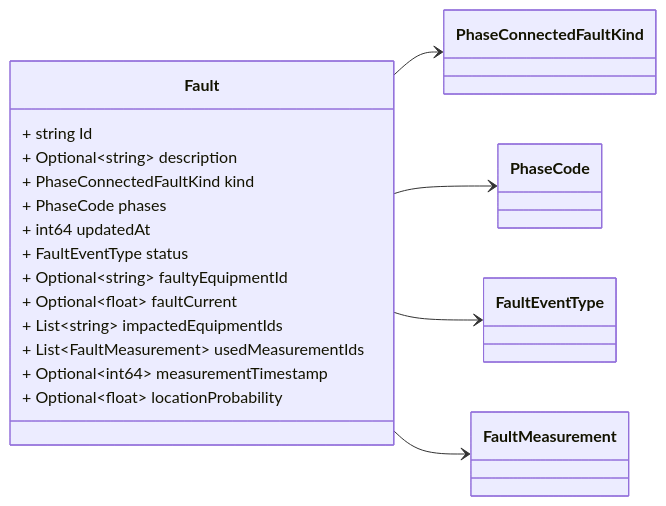
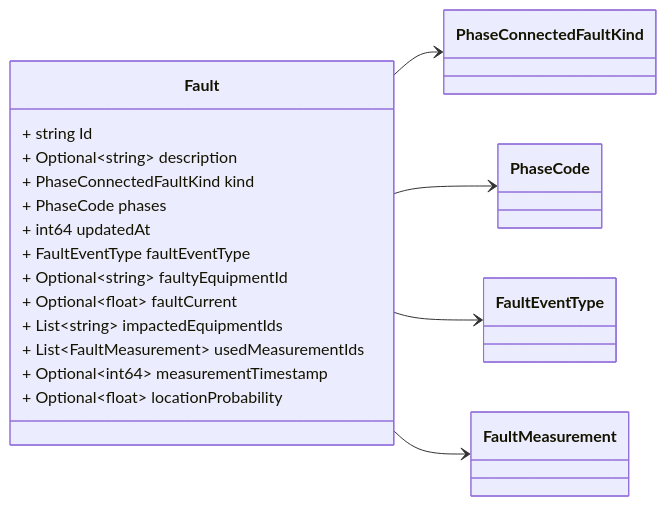
One commit to zaphiro-technologies/protobuf changed the fourth of 7 diagrams in docs/fault.proto.md. Above: the diagram before and after it, drawn with Mermaid. The commit also changed other lines of this file and 3 other files, not shown here.

````diff
--- a/docs/fault.proto.md
+++ b/docs/fault.proto.md
@@ -184,34 +184,38 @@
 ```mermaid
 classDiagram
 direction LR
 
 %% Abnormal condition causing current flow through conducting equipment, such as caused by equipment failure or short circuits from objects not typically modelled (for example, a tree falling on a line).
 %% 
 %% This message is modeled after [CIM Fault](https://zepben.github.io/evolve/docs/cim/cim100/TC57CIM/IEC61970/Base/Faults/Fault) according to the extensions defined in the [fault-data-storage](https://github.com/zaphiro-technologies/architecture/blob/main/features/31-fault-data-storage.md#data-structures) feature.
+%% 
+%% Faults messages represent events linked to a given fault (identified by the id). From the point of view of storage the sequence of events may be handled in a way that does not map totally to the single event, e.g. by combining multiple events in a single database row.
+%% 
+%% When a fault is detected, an event of type "Started" is generated, when a fault is located (and multiple locations can occur for the same fault) and a fault event of type "Located" is generated. Then a fault ends, a fault event of type "Ended" is generated. Certain values of the fault event message are populated only in case of event type "Located" (i.e. `locationProbability`, `measurementTimestamp`, `usedMeasurementIds`).
 %% 
 %% Headers used in rabbitMQ:
 %% * `id` (string): id of the `Fault`
 %% * `type` (string): always `Fault`
 %% * `producerId` (string): the id of the producer (e.g. a PMU) linked to the notification.
 %% 
 
 class Fault {
   + string Id
   + Optional~string~ description
   + PhaseConnectedFaultKind kind
   + PhaseCode phases
   + int64 updatedAt
-  + FaultEventType status
+  + FaultEventType faultEventType
   + Optional~string~ faultyEquipmentId
   + Optional~float~ faultCurrent
   + List~string~ impactedEquipmentIds
   + List~FaultMeasurement~ usedMeasurementIds
   + Optional~int64~ measurementTimestamp
   + Optional~float~ locationProbability
 }
 Fault --> `PhaseConnectedFaultKind`
 Fault --> `PhaseCode`
 Fault --> `FaultEventType`
 Fault --> `FaultMeasurement`
 
 ```
````
